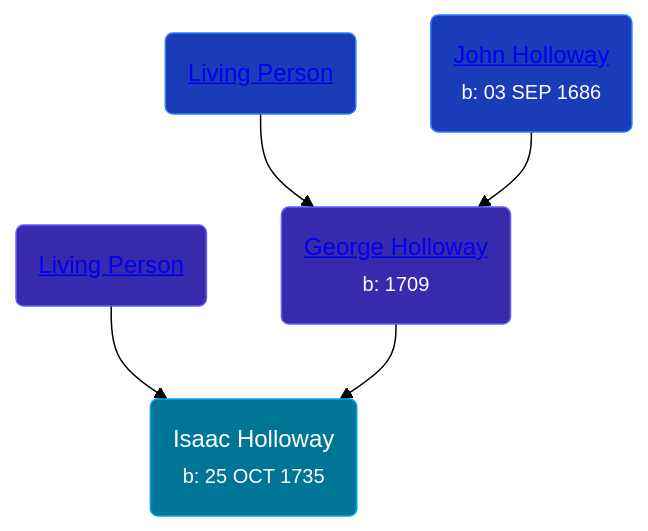
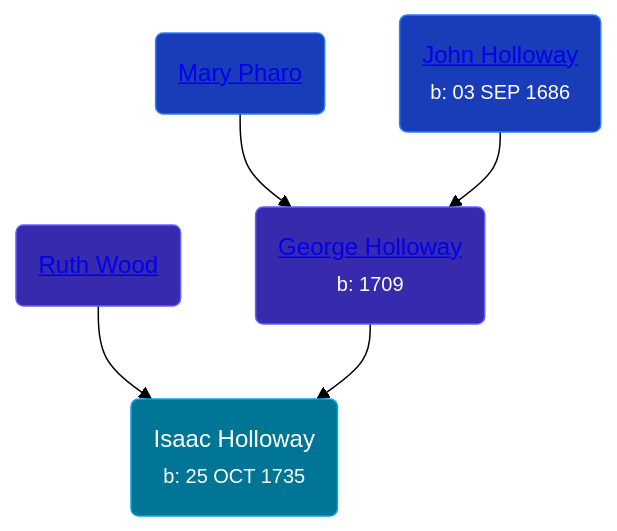
Before and after one commit to wpmgotkh/wpmgotkh.github.io: the diagram in pages/people/9/97947565.md, drawn with Mermaid (forest theme). The commit also changed other lines of this file and 586 other files, not shown here.

Commit message:
feat: better shouldConsiderPersonLiving algo

````diff
--- a/pages/people/9/97947565.md
+++ b/pages/people/9/97947565.md
@@ -11,11 +11,11 @@
 ```mermaid
 graph
 classDef grands fill:#193cb8,stroke:#2b7fff,stroke-width:1px,color:#fff;
 classDef parents fill:#372aac,stroke:#615fff,stroke-width:1px,color:#fff;
 classDef primary fill:#007595,stroke:#00a6f4,stroke-width:1px,color:#fff;
 97947565(Isaac Holloway<br /><small>b: 25 OCT 1735</small>):::primary
-93045664(<a class="text-white" href="/people/9/93045664">Living Person</a>):::parents-->97947565
+93045664(<a class="text-white" href="/people/9/93045664">Ruth Wood</a>):::parents-->97947565
 36728768(<a class="text-white" href="/people/3/36728768">George Holloway</a><br /><small>b: 1709</small>):::parents-->97947565
-54110711(<a class="text-white" href="/people/5/54110711">Living Person</a>):::grands-->36728768
+54110711(<a class="text-white" href="/people/5/54110711">Mary Pharo</a>):::grands-->36728768
 96991309(<a class="text-white" href="/people/9/96991309">John Holloway</a><br /><small>b: 03 SEP 1686</small>):::grands-->36728768
 ```
````
